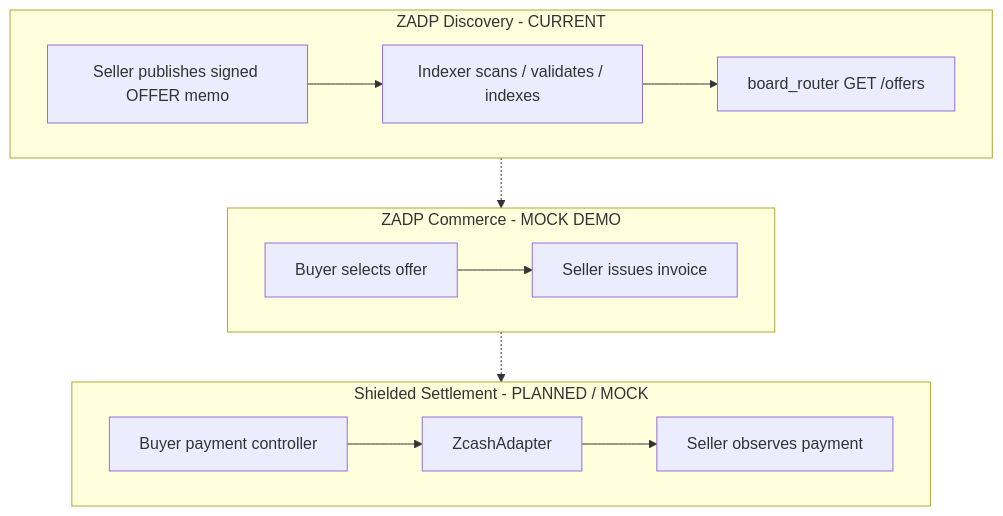
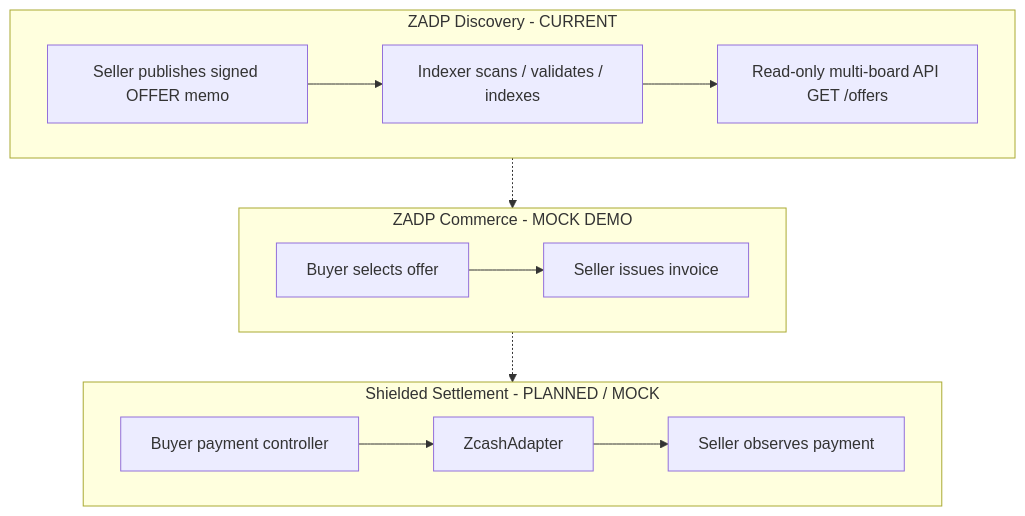
The first of 5 diagrams in docs/architecture.md (ZADP-protocol/ZADP), drawn with Mermaid before and after one commit. The commit also changed other lines of this file and 21 other files, not shown here.

First line of the commit message:
feat: add UIVK-only multi-board indexing and separate host moderation

````diff
--- a/docs/architecture.md
+++ b/docs/architecture.md
@@ -20,24 +20,24 @@
 ```mermaid
 flowchart TB
   subgraph discovery [ZADP Discovery - CURRENT]
     SellerPub[Seller publishes signed OFFER memo]
     IndexerScan[Indexer scans / validates / indexes]
-    Api[board_router GET /offers]
+    Api[Read-only multi-board API GET /offers]
     SellerPub --> IndexerScan --> Api
   end
 
   subgraph commerce [ZADP Commerce - MOCK DEMO]
     Quote[Buyer selects offer]
     Invoice[Seller issues invoice]
     Quote --> Invoice
   end
 
   subgraph settlement [Shielded Settlement - PLANNED / MOCK]
     Pay[Buyer payment controller]
     Adapter[ZcashAdapter]
     Observe[Seller observes payment]
     Pay --> Adapter --> Observe
   end
 
   discovery -.-> commerce -.-> settlement
 ```
````
